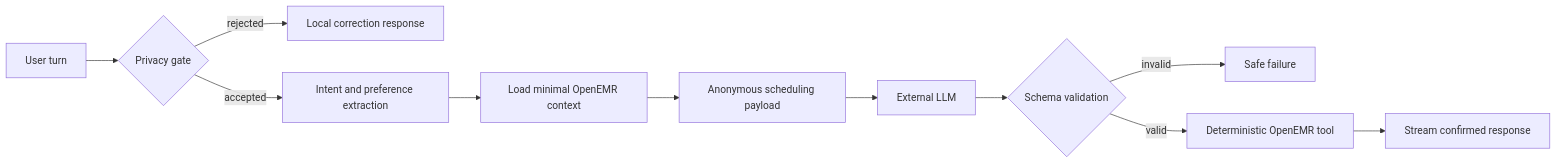
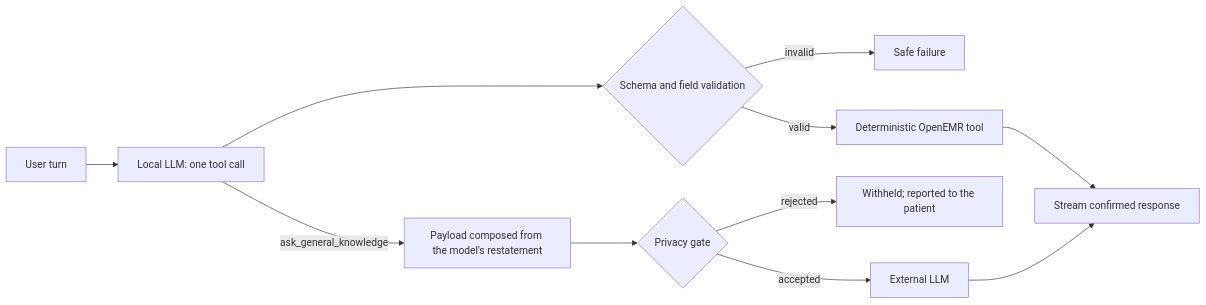
Before and after one commit to codeoritdidnthappen/aea-investors: the third of 3 diagrams in ARCHITECTURE.md, drawn with Mermaid. The commit also changed other lines of this file and 27 other files, not shown here.

Commit message:
feat(privacy): narrow Groq to restated general knowledge and stop forwarding patient text [TICK-064]

```diff
--- a/ARCHITECTURE.md
+++ b/ARCHITECTURE.md
@@ -260,13 +260,13 @@
 ~~~mermaid
 flowchart LR
-    T["User turn"] --> P{"Privacy gate"}
-    P -->|"rejected"| R["Local correction response"]
-    P -->|"accepted"| I["Intent and preference extraction"]
-    I --> C["Load minimal OpenEMR context"]
-    C --> A["Anonymous scheduling payload"]
-    A --> M["External LLM"]
-    M --> V{"Schema validation"}
+    T["User turn"] --> L["Local LLM: one tool call"]
+    L --> V{"Schema and field validation"}
     V -->|"invalid"| F["Safe failure"]
     V -->|"valid"| X["Deterministic OpenEMR tool"]
     X --> O["Stream confirmed response"]
+    L -->|"ask_general_knowledge"| A["Payload composed from the model's restatement"]
+    A --> P{"Privacy gate"}
+    P -->|"rejected"| R["Withheld; reported to the patient"]
+    P -->|"accepted"| M["External LLM"]
+    M --> O
 ~~~
```
